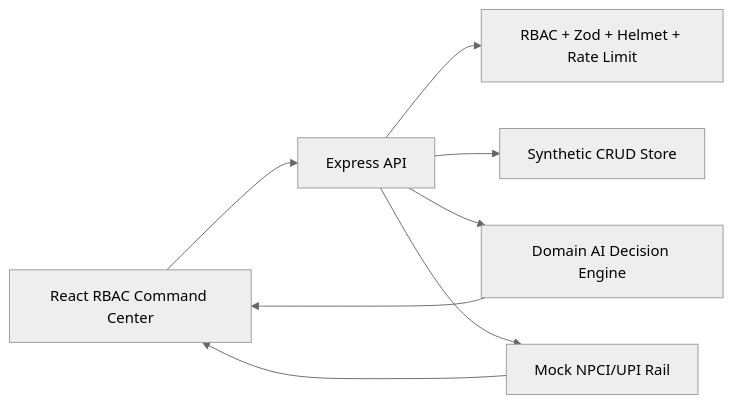
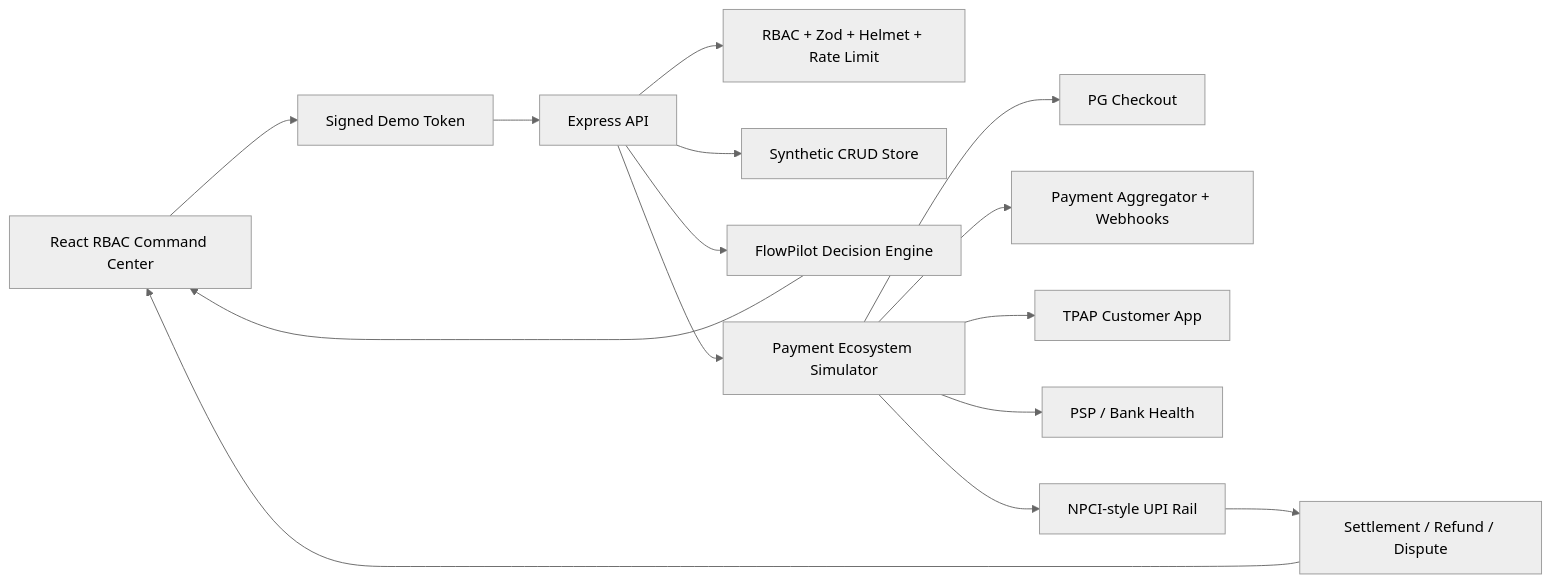
Before and after one commit to jprbom/upi-flowpilot: the diagram in README.md, drawn with Mermaid (neutral theme). The commit also changed other lines of this file and 8 other files, not shown here.

Commit message:
docs: refresh latest architecture and enhancement details

```diff
--- a/README.md
+++ b/README.md
@@ -75,10 +89,17 @@
 ~~~mermaid
 flowchart LR
-  UI["React RBAC Command Center"] --> API["Express API"]
+  UI["React RBAC Command Center"] --> AUTH["Signed Demo Token"]
+  AUTH --> API["Express API"]
   API --> RBAC["RBAC + Zod + Helmet + Rate Limit"]
   API --> CRUD["Synthetic CRUD Store"]
-  API --> AI["Domain AI Decision Engine"]
-  API --> MOCK["Mock NPCI/UPI Rail"]
-  MOCK --> UI
+  API --> AI["FlowPilot Decision Engine"]
+  API --> SIM["Payment Ecosystem Simulator"]
+  SIM --> PG["PG Checkout"]
+  SIM --> PA["Payment Aggregator + Webhooks"]
+  SIM --> TPAP["TPAP Customer App"]
+  SIM --> PSP["PSP / Bank Health"]
+  SIM --> RAIL["NPCI-style UPI Rail"]
+  RAIL --> RECON["Settlement / Refund / Dispute"]
+  RECON --> UI
   AI --> UI
 ~~~
```
